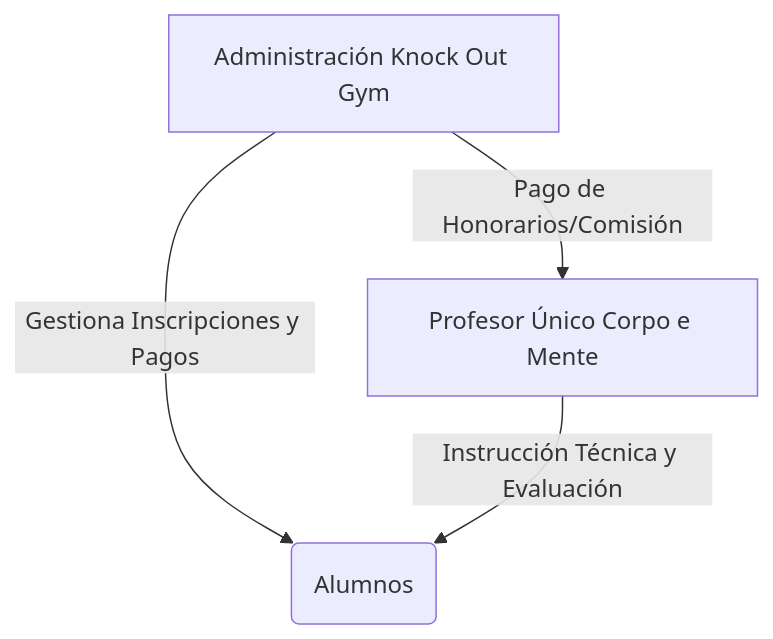
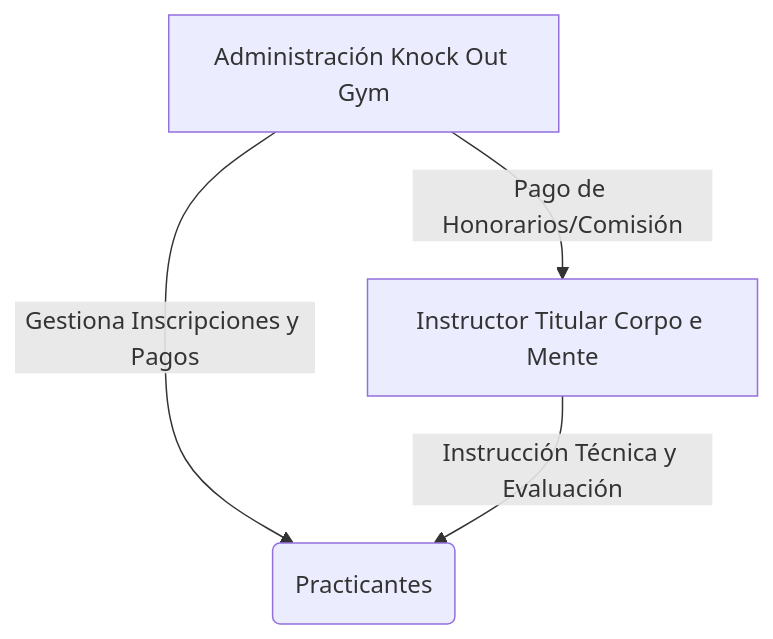
Before and after one commit to Tsmrain/JiuJitsu: the first of 6 diagrams in README.md, drawn with Mermaid. The commit also changed other lines of this file, not shown here.

````diff
--- a/README.md
+++ b/README.md
@@ -82,6 +82,6 @@
 ```mermaid
 graph TD
-    A[Administración Knock Out Gym] -->|Gestiona Inscripciones y Pagos| B(Alumnos)
-    A -->|Pago de Honorarios/Comisión| C[Profesor Único Corpo e Mente]
+    A[Administración Knock Out Gym] -->|Gestiona Inscripciones y Pagos| B(Practicantes)
+    A -->|Pago de Honorarios/Comisión| C[Instructor Titular Corpo e Mente]
     C -->|Instrucción Técnica y Evaluación| B
 ```
````
